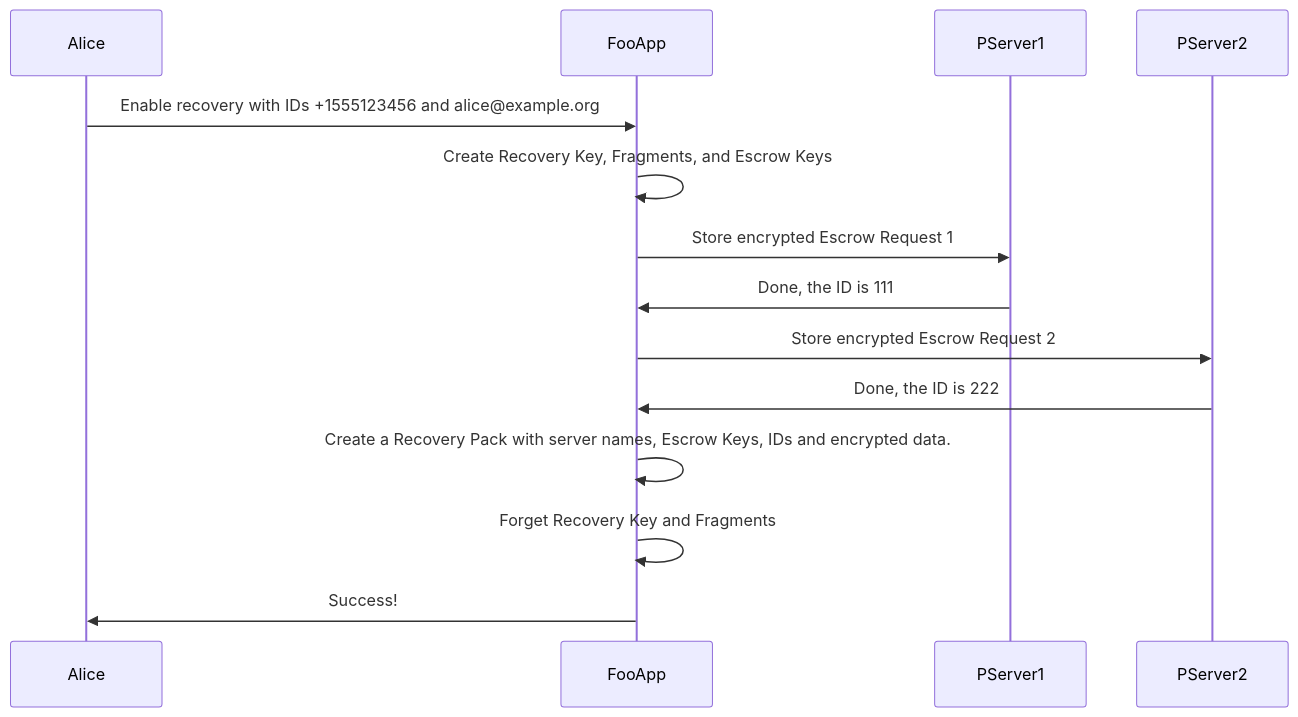
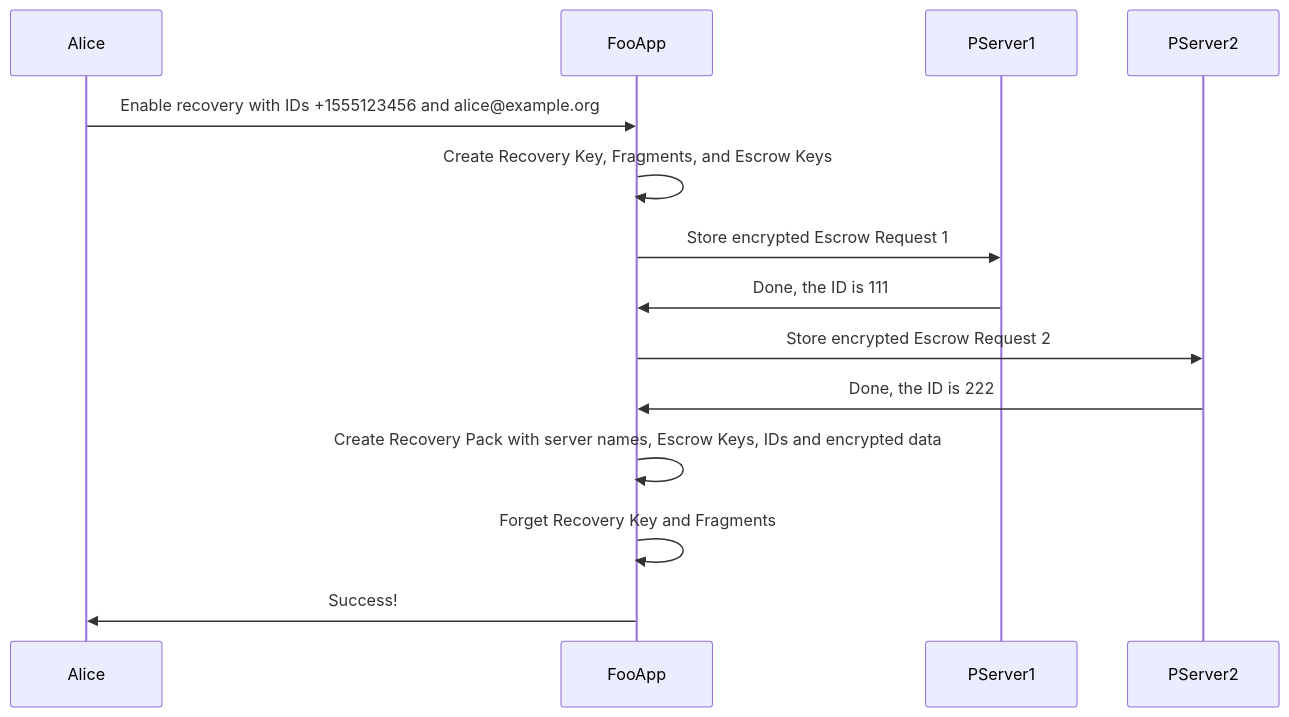
The first of 3 diagrams in docs/PROTOCOL.md (mailpile/python-passcrow), drawn with Mermaid before and after one commit. The commit also changed other lines of this file, not shown here.

Commit message:
Add a sequence diagram for URL-based verification

````diff
--- a/docs/PROTOCOL.md
+++ b/docs/PROTOCOL.md
@@ -151,16 +151,16 @@
 ```mermaid
 sequenceDiagram
     participant Alice
     participant FooApp
     participant PServer1
     participant PServer2
     Alice->>FooApp: Enable recovery with IDs +1555123456 and alice@example.org
     FooApp->>FooApp: Create Recovery Key, Fragments, and Escrow Keys
     FooApp->>PServer1: Store encrypted Escrow Request 1
     PServer1->>FooApp: Done, the ID is 111
     FooApp->>PServer2: Store encrypted Escrow Request 2
     PServer2->>FooApp: Done, the ID is 222
-    FooApp->>FooApp: Create a Recovery Pack with server names, Escrow Keys, IDs and encrypted data.
+    FooApp->>FooApp: Create Recovery Pack with server names, Escrow Keys, IDs and encrypted data
     FooApp->>FooApp: Forget Recovery Key and Fragments
     FooApp->>Alice: Success!
 ```
````
